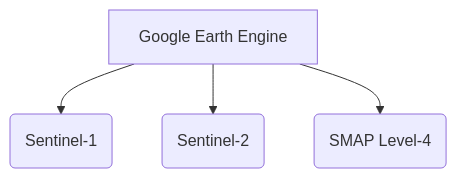
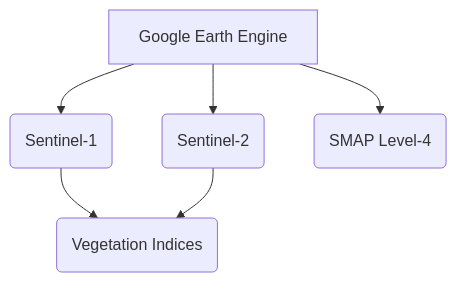
One commit to ITU-GeoAI-Challenge/3rd_place_cropland_mapping changed the diagram in README.md. Above: the diagram before and after it, drawn with Mermaid.

````diff
--- a/README.md
+++ b/README.md
@@ -14,6 +14,9 @@
 ```mermaid
 graph TD
     A[Google Earth Engine] --> B(Sentinel-1)
     A --> C(Sentinel-2)
     A --> D(SMAP Level-4)
+
+    B --> E(Vegetation Indices)
+    C --> E
 ```
````
